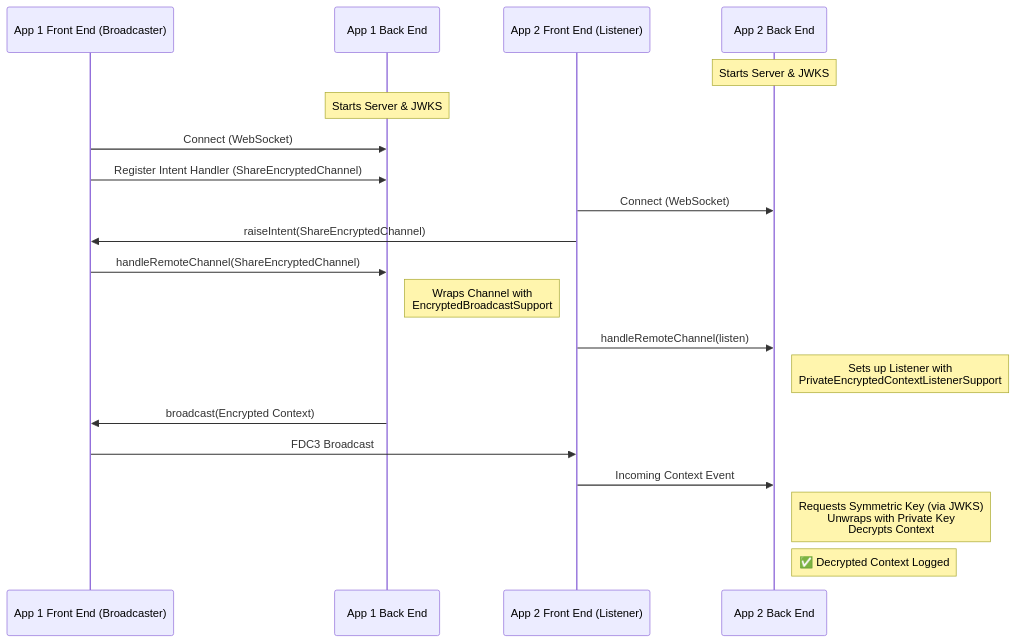
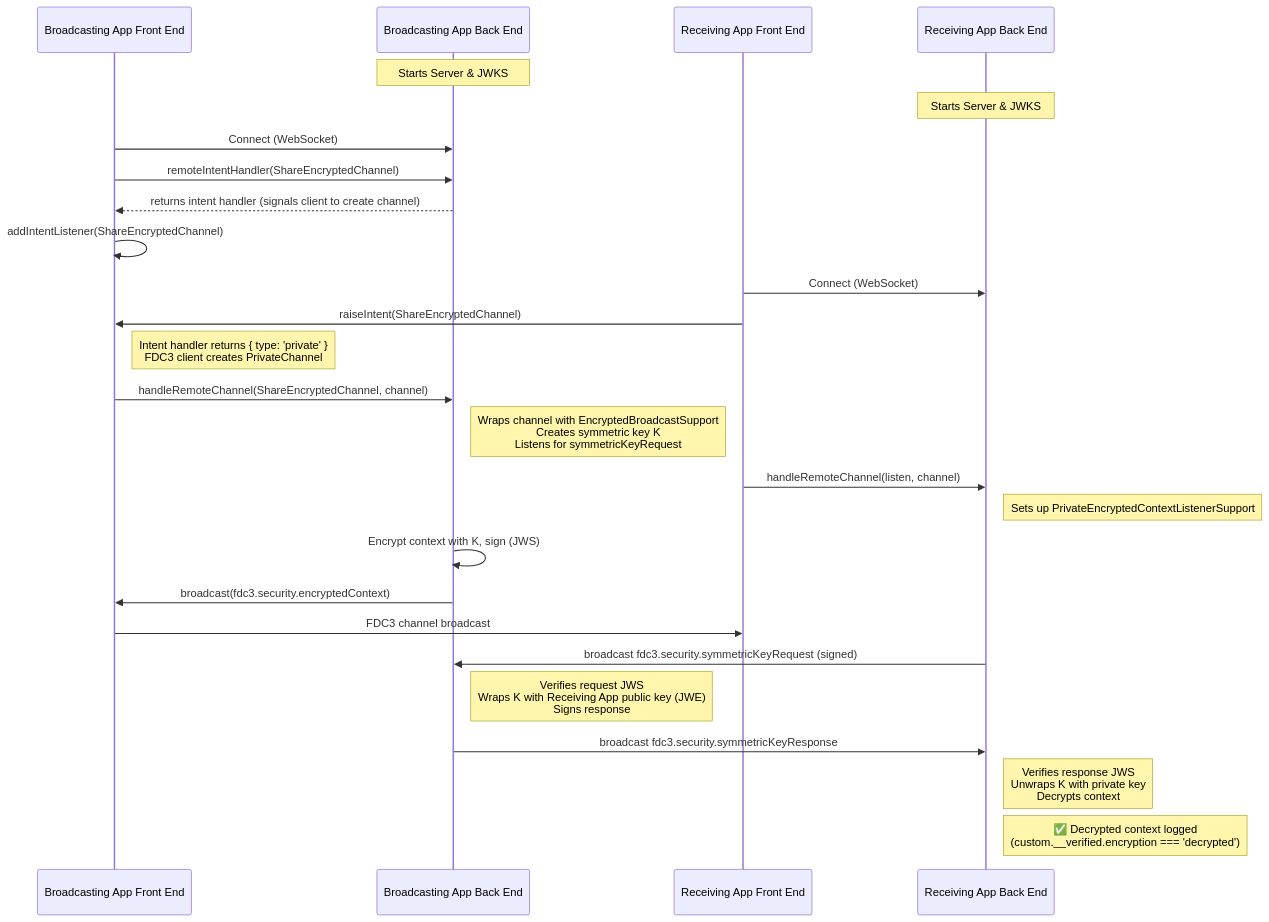
The first of 5 diagrams in packages/fdc3-security/samples/README.md (finos/FDC3), drawn with Mermaid before and after one commit. The commit also changed other lines of this file and 1 other file, not shown here.

Commit message:
fdc3-security README file fixes

````diff
--- a/packages/fdc3-security/samples/README.md
+++ b/packages/fdc3-security/samples/README.md
@@ -25,29 +34,35 @@
 ```mermaid
 sequenceDiagram
-    participant 1FE as App 1 Front End (Broadcaster)
-    participant 1BE as App 1 Back End
-    participant 2FE as App 2 Front End (Listener)
-    participant 2BE as App 2 Back End
+    participant BFE as Broadcasting App Front End
+    participant BBE as Broadcasting App Back End
+    participant RFE as Receiving App Front End
+    participant RBE as Receiving App Back End
 
-    Note over 2BE: Starts Server & JWKS
-    Note over 1BE: Starts Server & JWKS
-    
-    1FE->>1BE: Connect (WebSocket)
-    1FE->>1BE: Register Intent Handler (ShareEncryptedChannel)
-    
-    2FE->>2BE: Connect (WebSocket)
-    2FE->>1FE: raiseIntent(ShareEncryptedChannel)
-    
-    1FE->>1BE: handleRemoteChannel(ShareEncryptedChannel)
-    Note right of 1BE: Wraps Channel with<br/>EncryptedBroadcastSupport
-    
-    2FE->>2BE: handleRemoteChannel(listen)
-    Note right of 2BE: Sets up Listener with<br/>PrivateEncryptedContextListenerSupport
-    
-    1BE->>1FE: broadcast(Encrypted Context)
-    1FE->>2FE: FDC3 Broadcast
-    
-    2FE->>2BE: Incoming Context Event
-    Note right of 2BE: Requests Symmetric Key (via JWKS)<br/>Unwraps with Private Key<br/>Decrypts Context
-    Note right of 2BE: ✅ Decrypted Context Logged
+    Note over BBE: Starts Server & JWKS
+    Note over RBE: Starts Server & JWKS
+
+    BFE->>BBE: Connect (WebSocket)
+    BFE->>BBE: remoteIntentHandler(ShareEncryptedChannel)
+    BBE-->>BFE: returns intent handler (signals client to create channel)
+    BFE->>BFE: addIntentListener(ShareEncryptedChannel)
+
+    RFE->>RBE: Connect (WebSocket)
+    RFE->>BFE: raiseIntent(ShareEncryptedChannel)
+    Note right of BFE: Intent handler returns { type: 'private' }<br/>FDC3 client creates PrivateChannel
+
+    BFE->>BBE: handleRemoteChannel(ShareEncryptedChannel, channel)
+    Note right of BBE: Wraps channel with EncryptedBroadcastSupport<br/>Creates symmetric key K<br/>Listens for symmetricKeyRequest
+
+    RFE->>RBE: handleRemoteChannel(listen, channel)
+    Note right of RBE: Sets up PrivateEncryptedContextListenerSupport
+
+    BBE->>BBE: Encrypt context with K, sign (JWS)
+    BBE->>BFE: broadcast(fdc3.security.encryptedContext)
+    BFE->>RFE: FDC3 channel broadcast
+
+    RBE->>BBE: broadcast fdc3.security.symmetricKeyRequest (signed)
+    Note right of BBE: Verifies request JWS<br/>Wraps K with Receiving App public key (JWE)<br/>Signs response
+    BBE->>RBE: broadcast fdc3.security.symmetricKeyResponse
+    Note right of RBE: Verifies response JWS<br/>Unwraps K with private key<br/>Decrypts context
+    Note right of RBE: ✅ Decrypted context logged<br/>(custom.__verified.encryption === 'decrypted')
 ```
````
